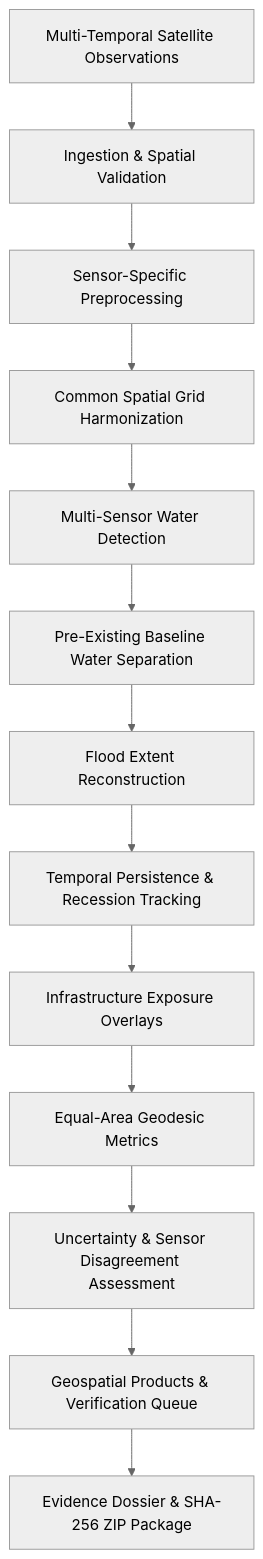
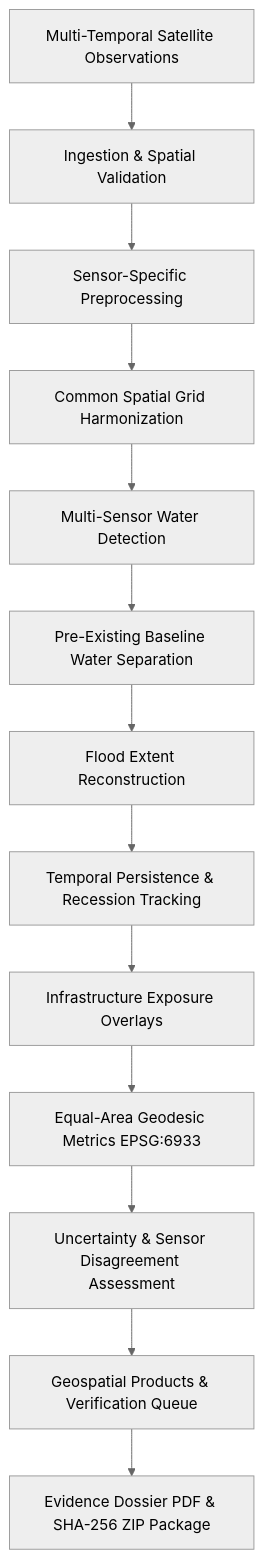
One commit to ranajahanzaib/flood-impact-assessment changed the first of 2 diagrams in README.md. Above: the diagram before and after it, drawn with Mermaid (neutral theme). The commit also changed other lines of this file and 9 other files, not shown here.

First line of the commit message:
docs(readme): add visual showcase gallery, high-res screenshots, and architecture diagrams

````diff
--- a/README.md
+++ b/README.md
@@ -17,15 +60,15 @@
 ```mermaid
 flowchart TD
     A[Multi-Temporal Satellite Observations] --> B[Ingestion & Spatial Validation]
     B --> C[Sensor-Specific Preprocessing]
     C --> D[Common Spatial Grid Harmonization]
     D --> E[Multi-Sensor Water Detection]
     E --> F[Pre-Existing Baseline Water Separation]
     F --> G[Flood Extent Reconstruction]
     G --> H[Temporal Persistence & Recession Tracking]
     H --> I[Infrastructure Exposure Overlays]
-    I --> J[Equal-Area Geodesic Metrics]
+    I --> J[Equal-Area Geodesic Metrics EPSG:6933]
     J --> K[Uncertainty & Sensor Disagreement Assessment]
     K --> L[Geospatial Products & Verification Queue]
-    L --> M[Evidence Dossier & SHA-256 ZIP Package]
+    L --> M[Evidence Dossier PDF & SHA-256 ZIP Package]
 ```
````
